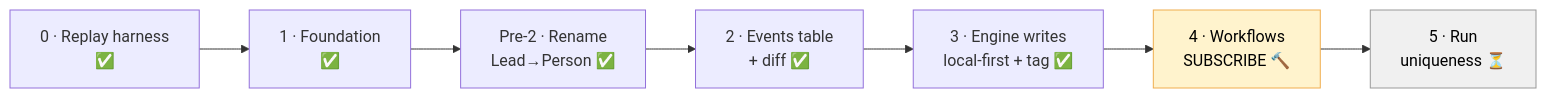
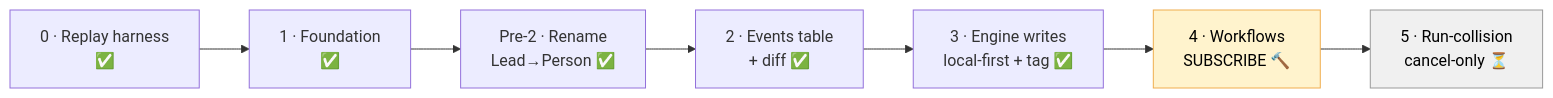
One commit to sarathkumar365/FUB-Automation changed the sixth of 8 diagrams in Docs/features/domain-events/overview.md. Above: the diagram before and after it, drawn with Mermaid. The commit also changed other lines of this file and 7 other files, not shown here.

First line of the commit message:
docs(domain-events): reconcile docs to cancel-only Phase 5 + domain-event trigger model

````diff
--- a/Docs/features/domain-events/overview.md
+++ b/Docs/features/domain-events/overview.md
@@ -134,11 +134,11 @@
 ```mermaid
 flowchart LR
     P0[0 · Replay harness<br/>✅] --> P1[1 · Foundation<br/>✅]
     P1 --> PR[Pre-2 · Rename<br/>Lead→Person ✅]
     PR --> P2[2 · Events table<br/>+ diff ✅]
     P2 --> P3[3 · Engine writes<br/>local-first + tag ✅]
     P3 --> P4[4 · Workflows<br/>SUBSCRIBE 🔨]
-    P4 --> P5[5 · Run<br/>uniqueness ⏳]
+    P4 --> P5[5 · Run-collision<br/>cancel-only ⏳]
     style P4 fill:#fff3cd,stroke:#f0ad4e,color:#000
     style P5 fill:#f0f0f0,stroke:#999,color:#000
 ```
````
